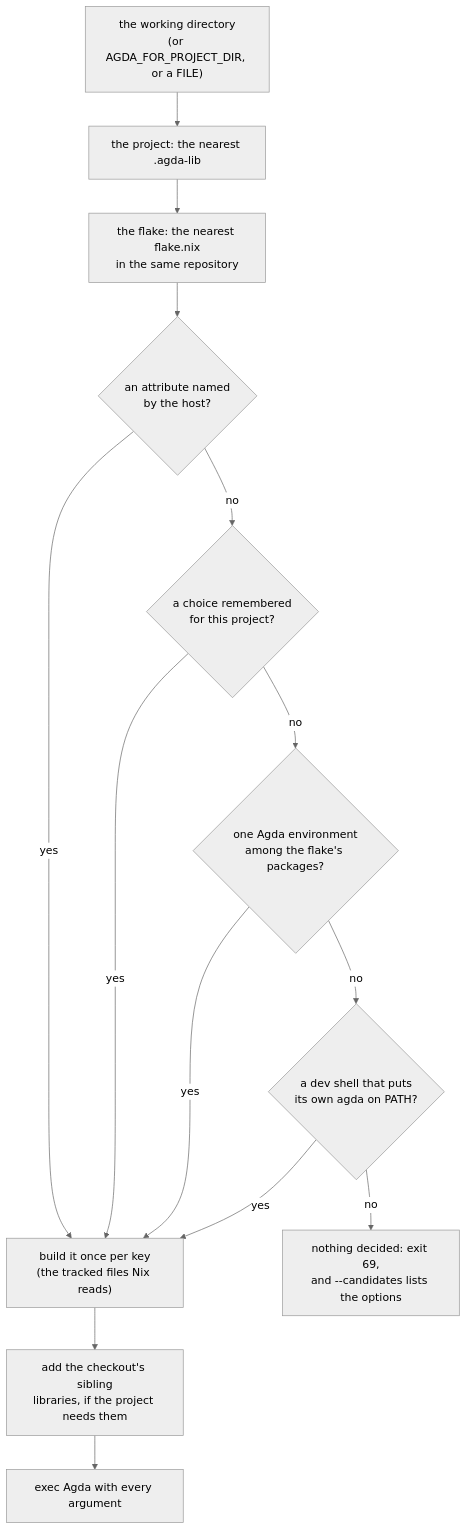
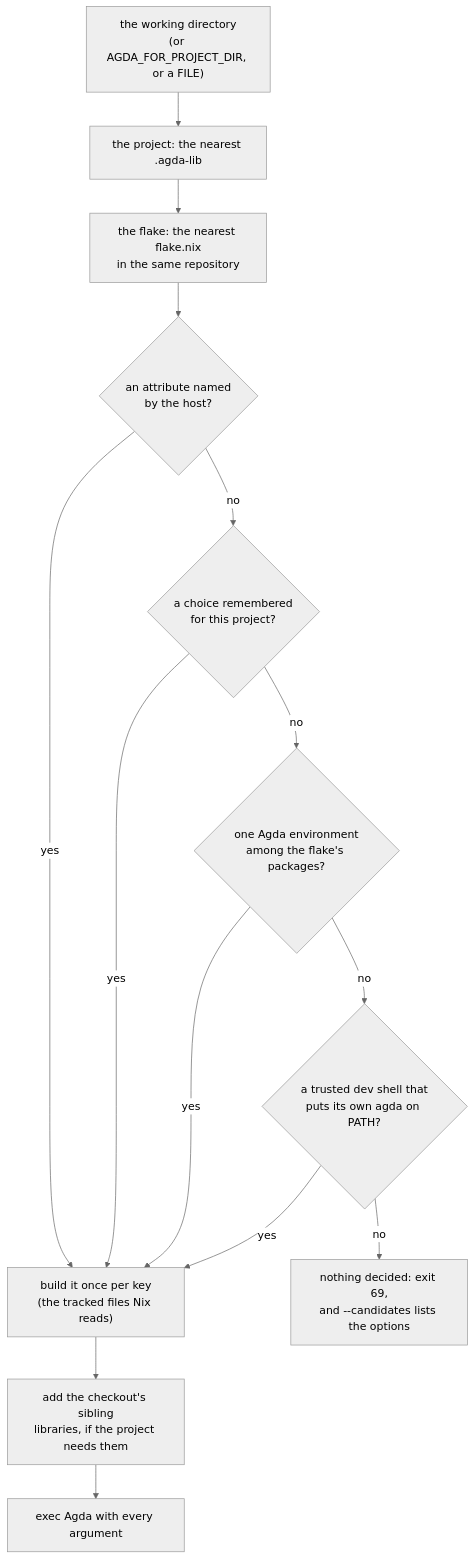
Before and after one commit to formalverification/agda-native-ide: the diagram in docs/notes/project-agda.md, drawn with Mermaid (neutral theme). The commit also changed other lines of this file and 2 other files, not shown here.

First line of the commit message:
Record the trust gate in ADR 0004, its note, and the record

````diff
--- a/docs/notes/project-agda.md
+++ b/docs/notes/project-agda.md
@@ -50,24 +50,24 @@
 ```mermaid
 flowchart TD
   start["the working directory<br/>(or AGDA_FOR_PROJECT_DIR, or a FILE)"]
   project["the project: the nearest .agda-lib"]
   flake["the flake: the nearest flake.nix<br/>in the same repository"]
   attr{"an attribute named<br/>by the host?"}
   choice{"a choice remembered<br/>for this project?"}
   env{"one Agda environment<br/>among the flake's packages?"}
-  shell{"a dev shell that puts<br/>its own agda on PATH?"}
+  shell{"a trusted dev shell that<br/>puts its own agda on PATH?"}
   none["nothing decided: exit 69,<br/>and --candidates lists the options"]
   build["build it once per key<br/>(the tracked files Nix reads)"]
   libs["add the checkout's sibling<br/>libraries, if the project needs them"]
   run["exec Agda with every argument"]
   start --> project --> flake --> attr
   attr -- yes --> build
   attr -- no --> choice
   choice -- yes --> build
   choice -- no --> env
   env -- yes --> build
   env -- no --> shell
   shell -- yes --> build
   shell -- no --> none
   build --> libs --> run
 ```
````
